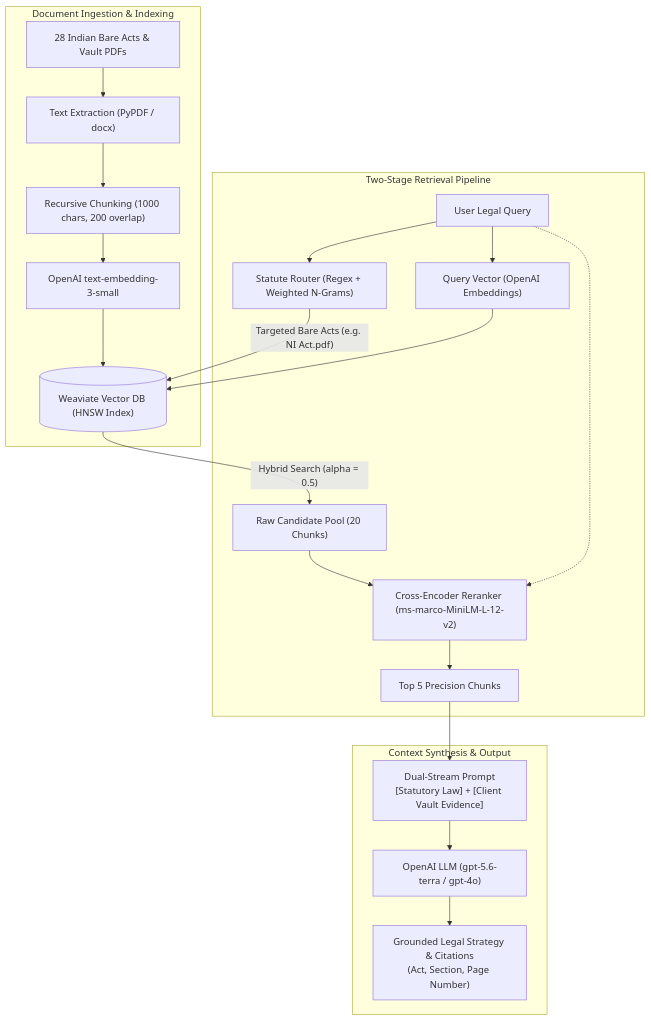
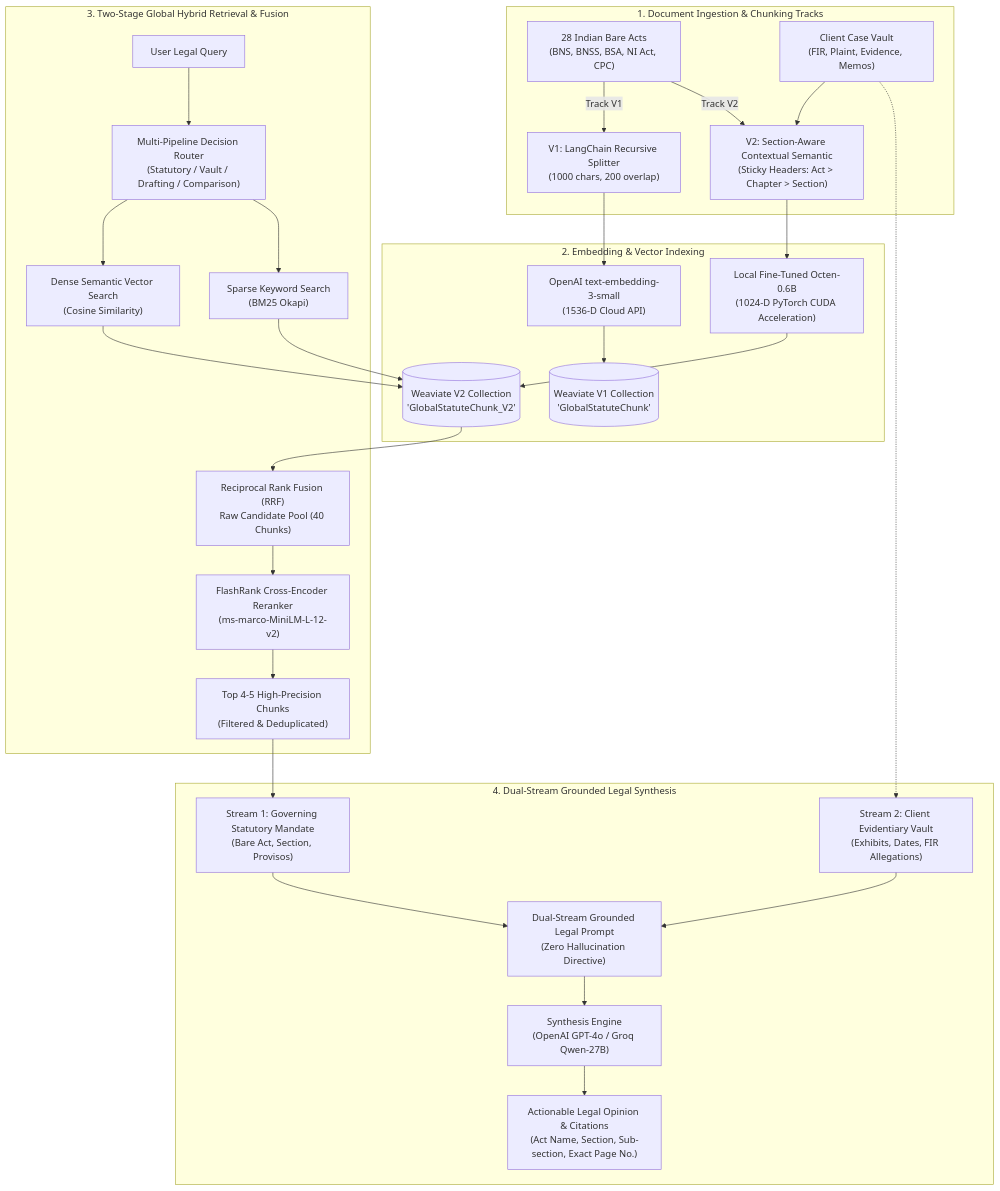
One commit to JaywardhanYadav/LegalDrishti-AI changed the diagram in README.md. Above: the diagram before and after it, drawn with Mermaid. The commit also changed other lines of this file and 4 other files, not shown here.

Commit message:
docs & ui: finalize master system architecture documentation, evaluation guide, and UI enhancements

````diff
--- a/README.md
+++ b/README.md
@@ -18,26 +39,44 @@
 ```mermaid
 flowchart TD
-    subgraph INGESTION["Document Ingestion & Indexing"]
-        PDF["28 Indian Bare Acts & Vault PDFs"] --> EXTRACT["Text Extraction (PyPDF / docx)"]
-        EXTRACT --> CHUNK["Recursive Chunking (1000 chars, 200 overlap)"]
-        CHUNK --> EMBED["OpenAI text-embedding-3-small"]
-        EMBED --> WEAVIATE[("Weaviate Vector DB (HNSW Index)")]
+    subgraph INGESTION["1. Document Ingestion & Chunking Tracks"]
+        RAW_STATUTES["28 Indian Bare Acts\n(BNS, BNSS, BSA, NI Act, CPC)"]
+        VAULT_DOCS["Client Case Vault\n(FIR, Plaint, Evidence, Memos)"]
+
+        RAW_STATUTES -->|Track V1| V1_CHUNK["V1: LangChain Recursive Splitter\n(1000 chars, 200 overlap)"]
+        RAW_STATUTES -->|Track V2| V2_CHUNK["V2: Section-Aware Contextual Semantic\n(Sticky Headers: Act > Chapter > Section)"]
+        VAULT_DOCS --> V2_CHUNK
     end
 
-    subgraph RETRIEVAL["Two-Stage Retrieval Pipeline"]
-        QUERY["User Legal Query"] --> ROUTER["Statute Router (Regex + Weighted N-Grams)"]
-        ROUTER -->|"Targeted Bare Acts (e.g. NI Act.pdf)"| WEAVIATE
-        QUERY --> BI_ENC["Query Vector (OpenAI Embeddings)"]
-        BI_ENC --> WEAVIATE
-        WEAVIATE -->|"Hybrid Search (alpha = 0.5)"| CANDIDATES["Raw Candidate Pool (20 Chunks)"]
-        CANDIDATES --> CROSS_ENC["Cross-Encoder Reranker (ms-marco-MiniLM-L-12-v2)"]
-        QUERY -.-> CROSS_ENC
-        CROSS_ENC --> TOP5["Top 5 Precision Chunks"]
+    subgraph EMBEDDINGS["2. Embedding & Vector Indexing"]
+        V1_CHUNK --> V1_EMBED["OpenAI text-embedding-3-small\n(1536-D Cloud API)"]
+        V2_CHUNK --> V2_EMBED["Local Fine-Tuned Octen-0.6B\n(1024-D PyTorch CUDA Acceleration)"]
+
+        V1_EMBED --> W_V1[("Weaviate V1 Collection\n'GlobalStatuteChunk'")]
+        V2_EMBED --> W_V2[("Weaviate V2 Collection\n'GlobalStatuteChunk_V2'")]
     end
 
-    subgraph GENERATION["Context Synthesis & Output"]
-        TOP5 --> PROMPT["Dual-Stream Prompt\n[Statutory Law] + [Client Vault Evidence]"]
-        PROMPT --> LLM["OpenAI LLM (gpt-5.6-terra / gpt-4o)"]
-        LLM --> ANSWER["Grounded Legal Strategy & Citations\n(Act, Section, Page Number)"]
+    subgraph RETRIEVAL["3. Two-Stage Global Hybrid Retrieval & Fusion"]
+        USER_QUERY["User Legal Query"] --> DECISION_ROUTER["Multi-Pipeline Decision Router\n(Statutory / Vault / Drafting / Comparison)"]
+        
+        DECISION_ROUTER --> DENSE_SEARCH["Dense Semantic Vector Search\n(Cosine Similarity)"]
+        DECISION_ROUTER --> SPARSE_SEARCH["Sparse Keyword Search\n(BM25 Okapi)"]
+        
+        DENSE_SEARCH --> W_V2
+        SPARSE_SEARCH --> W_V2
+
+        W_V2 --> RRF["Reciprocal Rank Fusion (RRF)\nRaw Candidate Pool (40 Chunks)"]
+        RRF --> RERANKER["FlashRank Cross-Encoder Reranker\n(ms-marco-MiniLM-L-12-v2)"]
+        RERANKER --> TOP_CHUNKS["Top 4-5 High-Precision Chunks\n(Filtered & Deduplicated)"]
+    end
+
+    subgraph GENERATION["4. Dual-Stream Grounded Legal Synthesis"]
+        TOP_CHUNKS --> STREAM1["Stream 1: Governing Statutory Mandate\n(Bare Act, Section, Provisos)"]
+        VAULT_DOCS -.-> STREAM2["Stream 2: Client Evidentiary Vault\n(Exhibits, Dates, FIR Allegations)"]
+        
+        STREAM1 --> PROMPT_ENGINE["Dual-Stream Grounded Legal Prompt\n(Zero Hallucination Directive)"]
+        STREAM2 --> PROMPT_ENGINE
+        
+        PROMPT_ENGINE --> LLM_ENGINE["Synthesis Engine\n(OpenAI GPT-4o / Groq Qwen-27B)"]
+        LLM_ENGINE --> FINAL_OUTPUT["Actionable Legal Opinion & Citations\n(Act Name, Section, Sub-section, Exact Page No.)"]
     end
 ```
````
